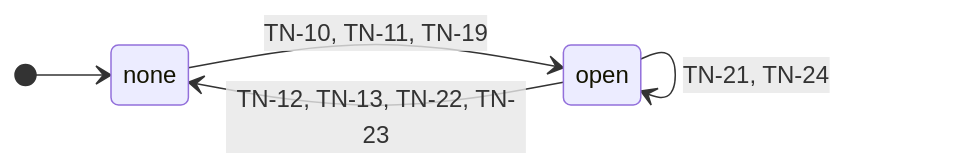
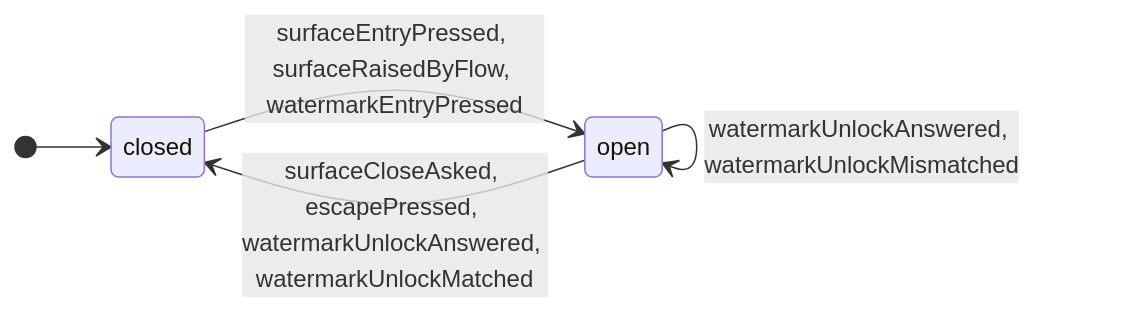
Before and after one commit to GoodRelax/gr-scheduler: the fifth of 14 diagrams in docs/spec/_assets/tbl-state-machines.md, drawn with Mermaid. The commit also changed other lines of this file and 22 other files, not shown here.

````diff
--- a/docs/spec/_assets/tbl-state-machines.md
+++ b/docs/spec/_assets/tbl-state-machines.md
@@ -226,10 +191,10 @@
 ```mermaid
 stateDiagram-v2
     direction LR
-    [*] --> screen_surface_none
-    screen_surface_none : none
-    screen_surface_open : open
-    screen_surface_none --> screen_surface_open : TN-10, TN-11, TN-19
-    screen_surface_open --> screen_surface_none : TN-12, TN-13, TN-22, TN-23
-    screen_surface_open --> screen_surface_open : TN-21, TN-24
+    [*] --> openSurfaceStateMachine_closed
+    openSurfaceStateMachine_closed : closed
+    openSurfaceStateMachine_open : open
+    openSurfaceStateMachine_closed --> openSurfaceStateMachine_open : surfaceEntryPressed, surfaceRaisedByFlow, watermarkEntryPressed
+    openSurfaceStateMachine_open --> openSurfaceStateMachine_closed : surfaceCloseAsked, escapePressed, watermarkUnlockAnswered, watermarkUnlockMatched
+    openSurfaceStateMachine_open --> openSurfaceStateMachine_open : watermarkUnlockAnswered, watermarkUnlockMismatched
 ```
````
